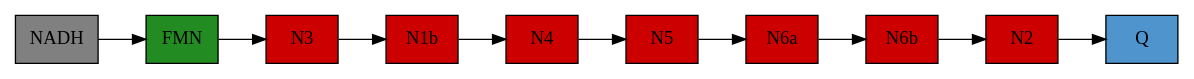
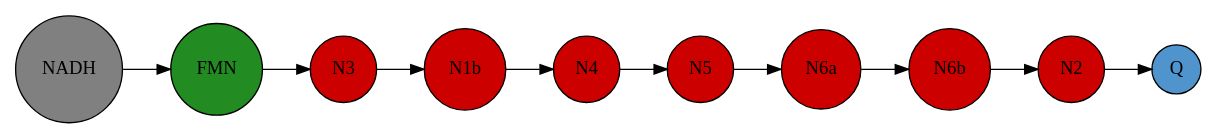
Before and after one commit to hendersonmpa/metabolics-rounds: the second of 2 diagrams in etc/etc.org, drawn with Graphviz. The commit also changed other lines of this file and 1 other file, not shown here.

```diff
--- a/etc/etc.org
+++ b/etc/etc.org
@@ -144,27 +147,27 @@
 #+BEGIN_SRC dot :file ./figures/c1.pdf :cmdline -Kdot -Tpdf
   digraph {
            // graph from left to right
            rankdir=LR;
            splines=true;
-           node [shape=box];
+           node [shape=circle];
            nadh [label="NADH", fillcolor=grey, style=filled]
            fmn [label="FMN", fillcolor=forestgreen, style=filled]
            n3 [label="N3", fillcolor=red3, style=filled]    
            n1b [label="N1b", fillcolor=red3, style=filled]     
            n4 [label="N4", fillcolor=red3, style=filled]     
            n5 [label="N5", fillcolor=red3, style=filled]     
            n6a [label="N6a", fillcolor=red3, style=filled]     
            n6b [label="N6b", fillcolor=red3, style=filled]     
            n2 [label="N2", fillcolor=red3, style=filled]     
            q [label="Q", fillcolor=steelblue3, style=filled]     
            nadh-> fmn
            fmn -> n3
            n3 -> n1b
 	       n1b -> n4
            n4 -> n5 
            n5 -> n6a
            n6a -> n6b
            n6b-> n2
            n2 -> q
            }    
 #+END_SRC
```
